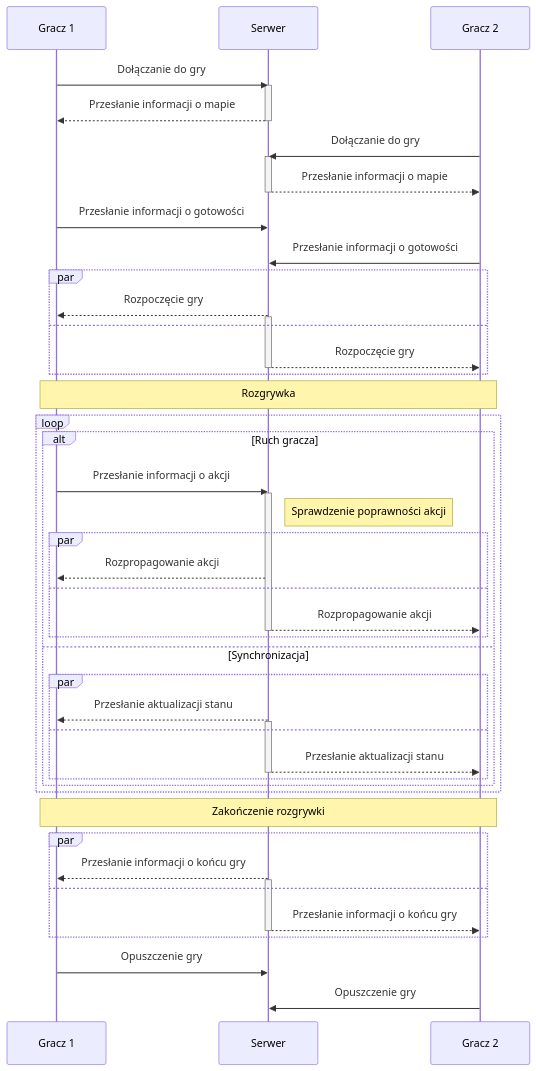
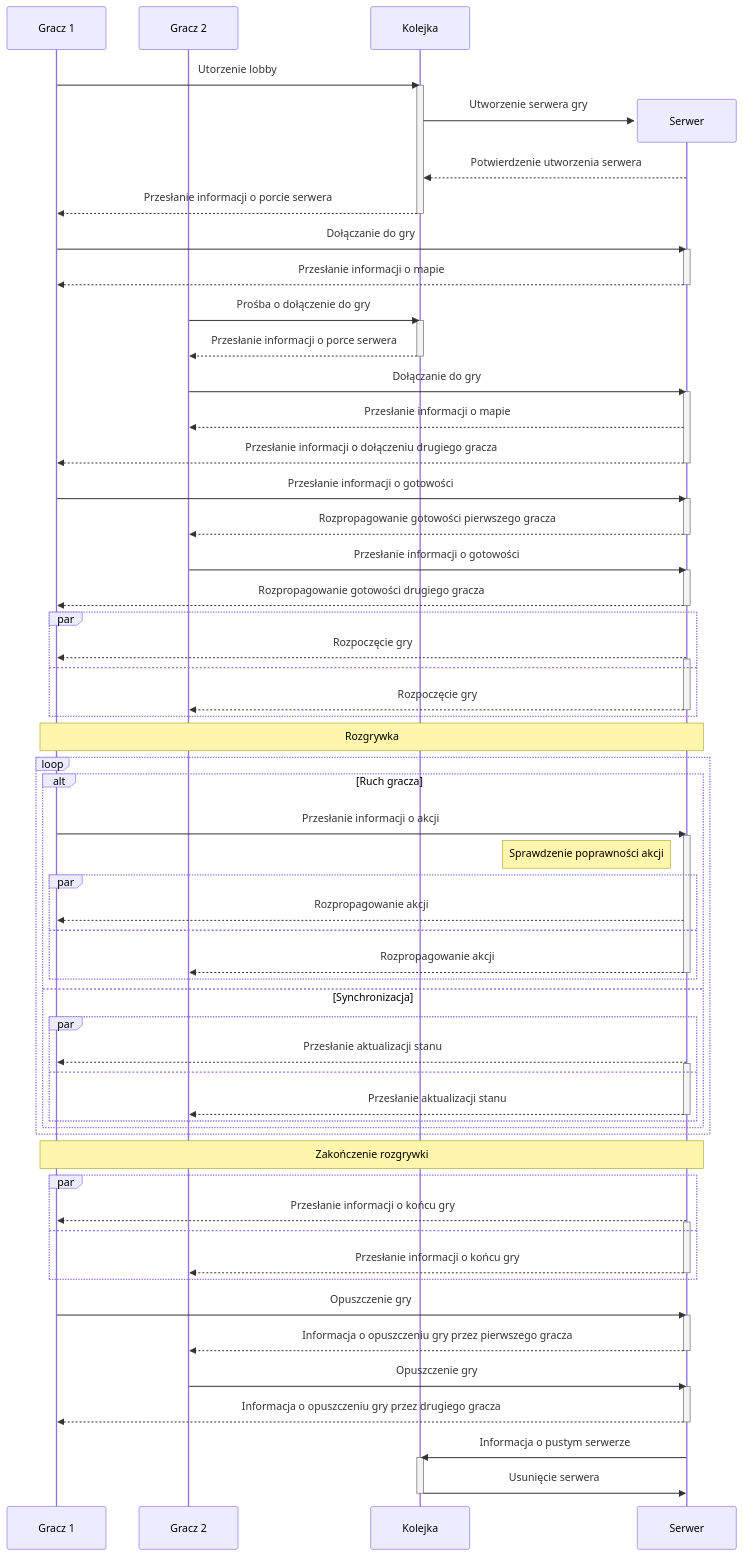
Before and after one commit to Nasus20202/przetwarzanie-rozproszone: the diagram in diagrams/sequence.mmd, drawn with Mermaid. The commit also changed 1 other file, not shown here.

Commit message:
feat: update sequence diagram

```diff
--- a/diagrams/sequence.mmd
+++ b/diagrams/sequence.mmd
@@ -1,61 +1,94 @@
 sequenceDiagram
     participant Gracz 1
-    participant Serwer
     participant Gracz 2
+    participant Kolejka
+
+    Gracz 1->>Kolejka: Utorzenie lobby
+    activate Kolejka
+    create participant Serwer
+    Kolejka->>Serwer: Utworzenie serwera gry
+    Serwer-->>Kolejka: Potwierdzenie utworzenia serwera
+    Kolejka-->>Gracz 1: Przesłanie informacji o porcie serwera
+    deactivate Kolejka
+
 
     Gracz 1->>Serwer: Dołączanie do gry
     activate Serwer
     Serwer-->>Gracz 1: Przesłanie informacji o mapie
     deactivate Serwer
+
+    Gracz 2->>Kolejka: Prośba o dołączenie do gry
+    activate Kolejka
+    Kolejka-->>Gracz 2: Przesłanie informacji o porce serwera
+    deactivate Kolejka
     Gracz 2->>Serwer: Dołączanie do gry
     activate Serwer
     Serwer-->>Gracz 2: Przesłanie informacji o mapie
+    Serwer-->>Gracz 1: Przesłanie informacji o dołączeniu drugiego gracza
     deactivate Serwer
 
     Gracz 1->>Serwer: Przesłanie informacji o gotowości
+    activate Serwer
+    Serwer-->>Gracz 2: Rozpropagowanie gotowości pierwszego gracza
+    deactivate Serwer
+
     Gracz 2->>Serwer: Przesłanie informacji o gotowości
+    activate Serwer
+    Serwer-->>Gracz 1: Rozpropagowanie gotowości drugiego gracza
+    deactivate Serwer
     par
         Serwer-->>Gracz 1: Rozpoczęcie gry
         activate Serwer
     and
         Serwer-->>Gracz 2: Rozpoczęcie gry
         deactivate Serwer
     end
 
-    Note over Gracz 1, Gracz 2: Rozgrywka
+    Note over Gracz 1, Serwer: Rozgrywka
 
     loop
         alt Ruch gracza
             Gracz 1->>Serwer: Przesłanie informacji o akcji
             activate Serwer
-            Note right of Serwer: Sprawdzenie poprawności akcji
+            Note left of Serwer: Sprawdzenie poprawności akcji
             par
                 Serwer-->>Gracz 1: Rozpropagowanie akcji
             and
                 Serwer-->>Gracz 2: Rozpropagowanie akcji
                 deactivate Serwer
             end
         else Synchronizacja
             par
                 Serwer-->>Gracz 1: Przesłanie aktualizacji stanu
                 activate Serwer
             and
                 Serwer-->>Gracz 2: Przesłanie aktualizacji stanu
                 deactivate Serwer
             end
         end
     end
 
-    Note over Gracz 1, Gracz 2: Zakończenie rozgrywki
+    Note over Gracz 1, Serwer: Zakończenie rozgrywki
 
     par
         Serwer-->>Gracz 1: Przesłanie informacji o końcu gry
         activate Serwer
     and
         Serwer-->>Gracz 2: Przesłanie informacji o końcu gry
         deactivate Serwer
     end
 
     Gracz 1->>Serwer: Opuszczenie gry
+    activate Serwer
+    Serwer-->>Gracz 2: Informacja o opuszczeniu gry przez pierwszego gracza
+    deactivate Serwer
     
     Gracz 2->>Serwer: Opuszczenie gry
+    activate Serwer
+    Serwer-->>Gracz 1: Informacja o opuszczeniu gry przez drugiego gracza
+    deactivate Serwer
+
+    Serwer->>Kolejka: Informacja o pustym serwerze
+    activate Kolejka
+    Kolejka->>Serwer: Usunięcie serwera
+    deactivate Kolejka
```
